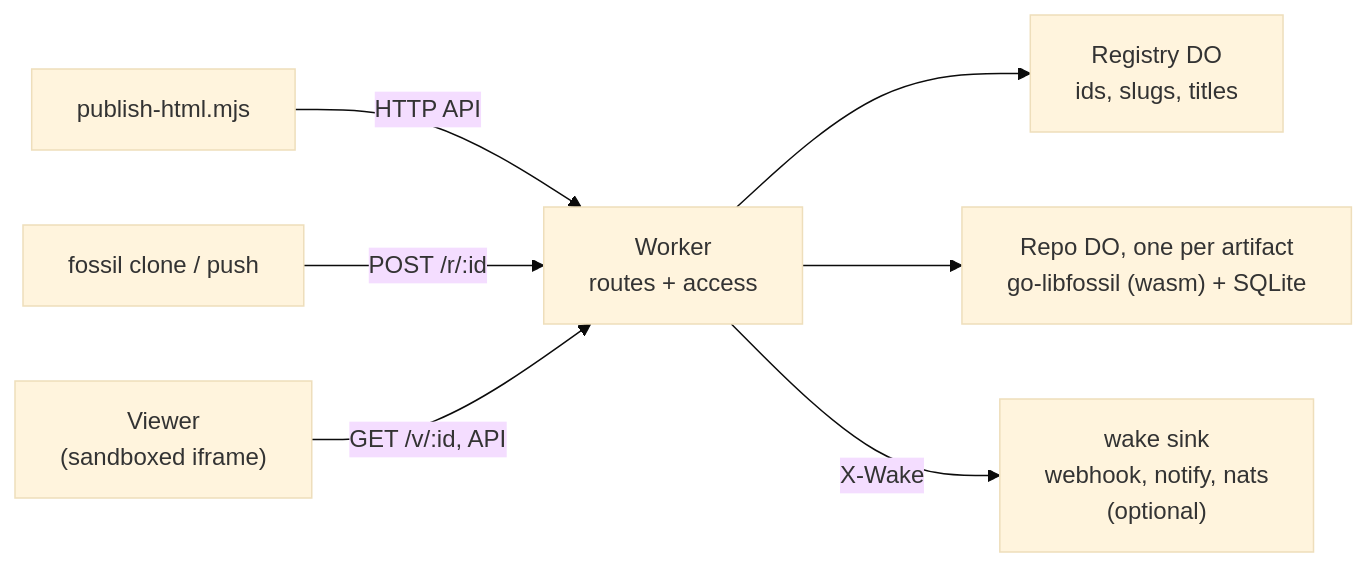
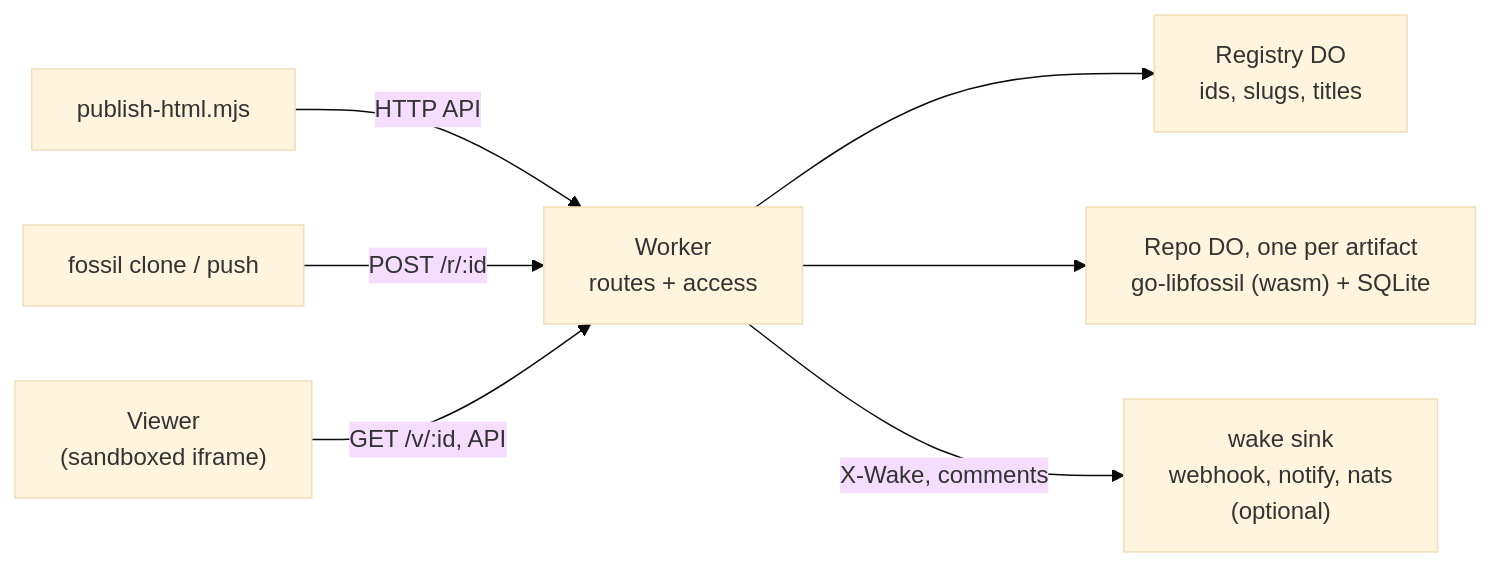
The diagram in README.md (danmestas/html-artifact-publisher), drawn with Mermaid (base theme) before and after one commit. The commit also changed other lines of this file and 6 other files, not shown here.

First line of the commit message:
feat: comments wake the sink from the ticket API and from fossil push

````diff
--- a/README.md
+++ b/README.md
@@ -19,17 +19,17 @@
 ```mermaid
 flowchart LR
     cli["publish-html.mjs"]
     fossilc["fossil clone / push"]
     browser["Viewer\n(sandboxed iframe)"]
     worker["Worker\nroutes + access"]
     registry["Registry DO\nids, slugs, titles"]
     repo["Repo DO, one per artifact\ngo-libfossil (wasm) + SQLite"]
     sink["wake sink\nwebhook, notify, nats\n(optional)"]
 
     cli -- "HTTP API" --> worker
     fossilc -- "POST /r/:id" --> worker
     browser -- "GET /v/:id, API" --> worker
     worker --> registry
     worker --> repo
-    worker -- "X-Wake" --> sink
+    worker -- "X-Wake, comments" --> sink
 ```
````
